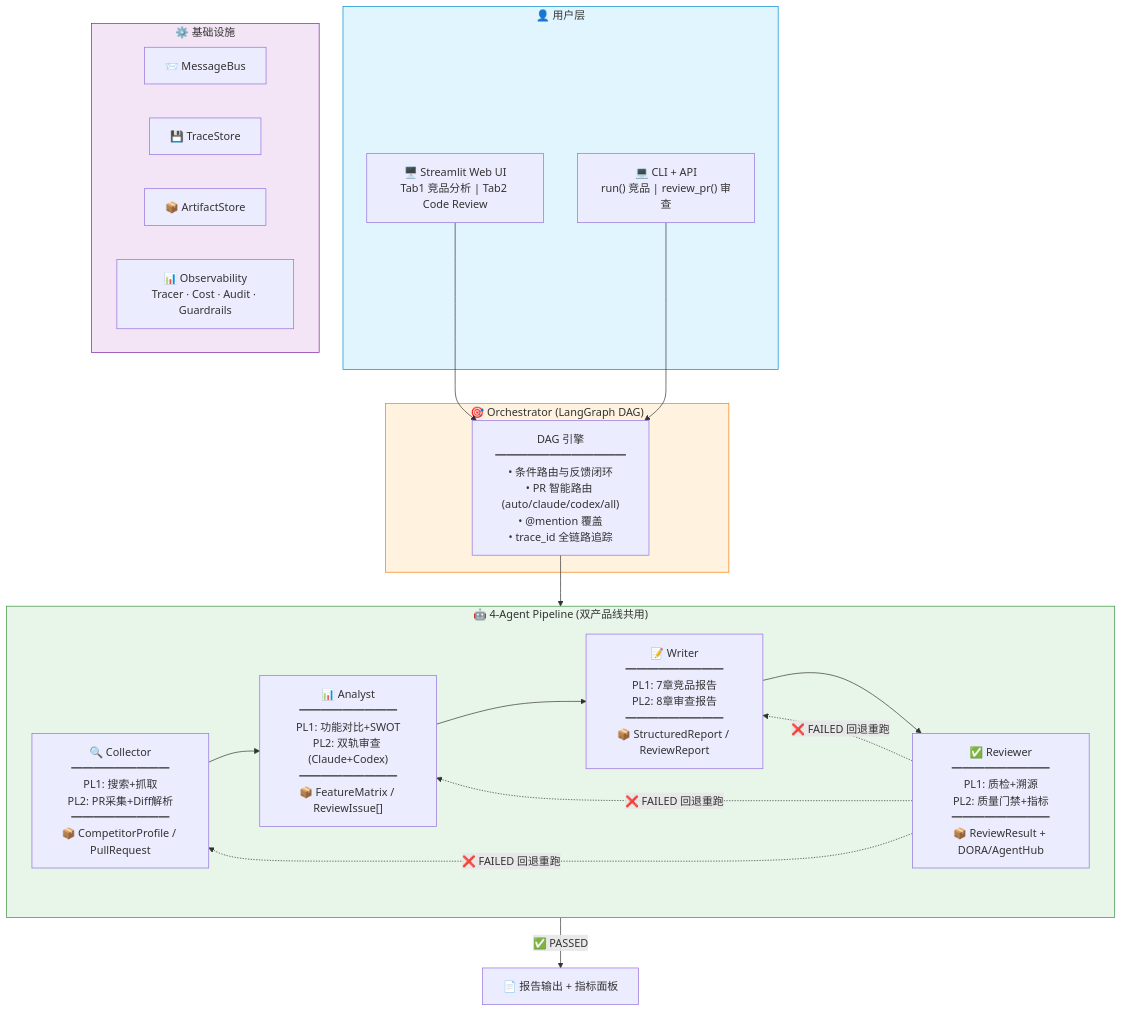
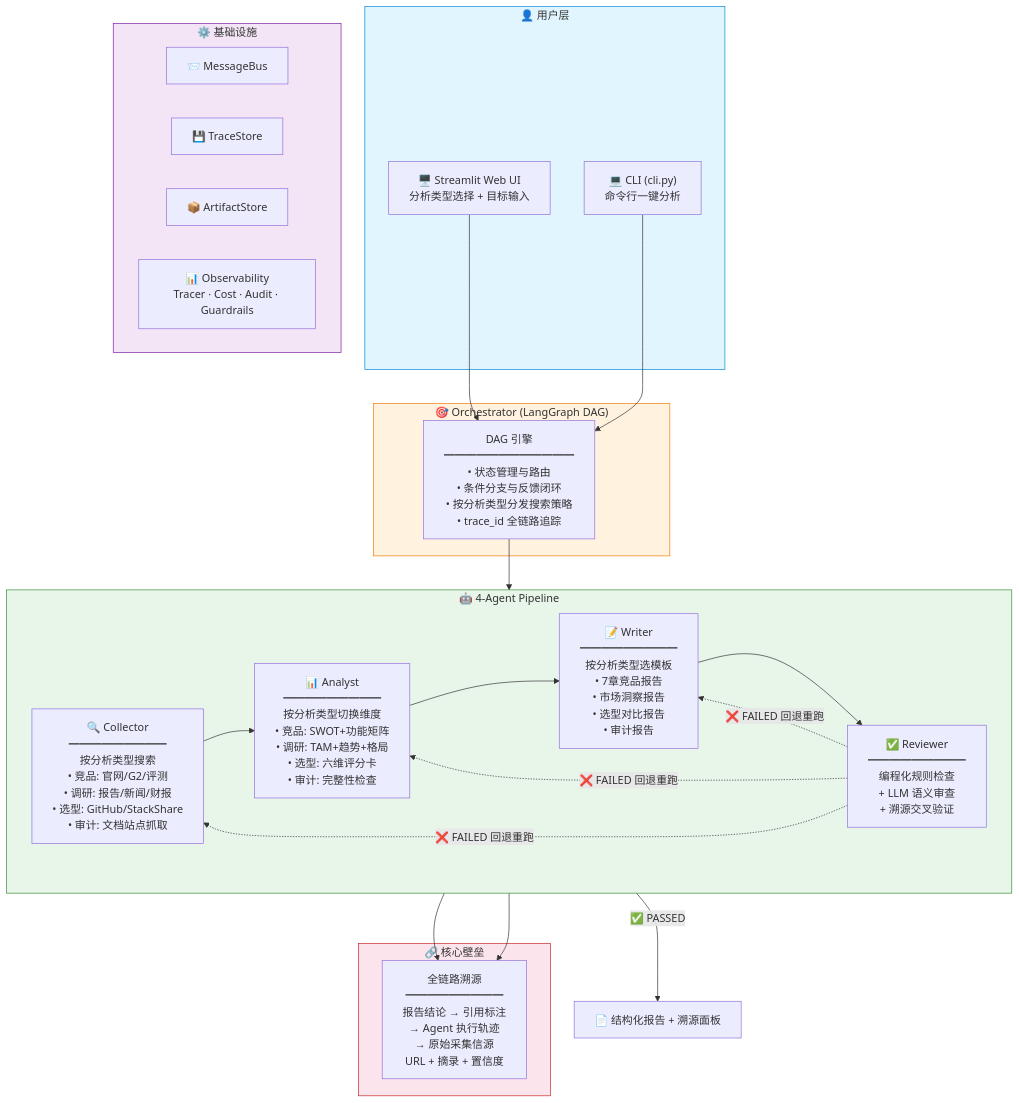
One commit to quannie255-star/comprtitor-agent--system changed the diagram in README.md. Above: the diagram before and after it, drawn with Mermaid. The commit also changed other lines of this file and 1 other file, not shown here.

````diff
--- a/README.md
+++ b/README.md
@@ -20,42 +24,49 @@
 ```mermaid
 graph TB
     subgraph 用户层["👤 用户层"]
-        UI["🖥️ Streamlit Web UI<br/>Tab1 竞品分析 | Tab2 Code Review"]
-        CLI["💻 CLI + API<br/>run() 竞品 | review_pr() 审查"]
+        UI["🖥️ Streamlit Web UI<br/>分析类型选择 + 目标输入"]
+        CLI["💻 CLI (cli.py)<br/>命令行一键分析"]
     end
 
     subgraph 编排层["🎯 Orchestrator (LangGraph DAG)"]
-        ORCH["DAG 引擎<br/>━━━━━━━━━━━━<br/>• 条件路由与反馈闭环<br/>• PR 智能路由 (auto/claude/codex/all)<br/>• @mention 覆盖<br/>• trace_id 全链路追踪"]
+        ORCH["DAG 引擎<br/>━━━━━━━━━━━━<br/>• 状态管理与路由<br/>• 条件分支与反馈闭环<br/>• 按分析类型分发搜索策略<br/>• trace_id 全链路追踪"]
     end
 
-    subgraph Agent层["🤖 4-Agent Pipeline (双产品线共用)"]
+    subgraph Agent层["🤖 4-Agent Pipeline"]
         direction LR
-        C["🔍 Collector<br/>━━━━━━━━━<br/>PL1: 搜索+抓取<br/>PL2: PR采集+Diff解析<br/>━━━━━━━━━<br/>📦 CompetitorProfile / PullRequest"]
-        A["📊 Analyst<br/>━━━━━━━━━<br/>PL1: 功能对比+SWOT<br/>PL2: 双轨审查 (Claude+Codex)<br/>━━━━━━━━━<br/>📦 FeatureMatrix / ReviewIssue[]"]
-        W["📝 Writer<br/>━━━━━━━━━<br/>PL1: 7章竞品报告<br/>PL2: 8章审查报告<br/>━━━━━━━━━<br/>📦 StructuredReport / ReviewReport"]
-        R["✅ Reviewer<br/>━━━━━━━━━<br/>PL1: 质检+溯源<br/>PL2: 质量门禁+指标<br/>━━━━━━━━━<br/>📦 ReviewResult + DORA/AgentHub"]
+        C["🔍 Collector<br/>━━━━━━━━━<br/>按分析类型搜索<br/>• 竞品: 官网/G2/评测<br/>• 调研: 报告/新闻/财报<br/>• 选型: GitHub/StackShare<br/>• 审计: 文档站点抓取"]
+        A["📊 Analyst<br/>━━━━━━━━━<br/>按分析类型切换维度<br/>• 竞品: SWOT+功能矩阵<br/>• 调研: TAM+趋势+格局<br/>• 选型: 六维评分卡<br/>• 审计: 完整性检查"]
+        W["📝 Writer<br/>━━━━━━━━━<br/>按分析类型选模板<br/>• 7章竞品报告<br/>• 市场洞察报告<br/>• 选型对比报告<br/>• 审计报告"]
+        R["✅ Reviewer<br/>━━━━━━━━━<br/>编程化规则检查<br/>+ LLM 语义审查<br/>+ 溯源交叉验证"]
 
         C --> A --> W --> R
     end
 
     subgraph 基础设施["⚙️ 基础设施"]
         direction LR
         MB["📨 MessageBus"]
         TS["💾 TraceStore"]
         AS["📦 ArtifactStore"]
         OBS["📊 Observability<br/>Tracer · Cost · Audit · Guardrails"]
     end
 
+    subgraph 核心壁垒["🔗 核心壁垒"]
+        TRACE["全链路溯源<br/>━━━━━━━━━<br/>报告结论 → 引用标注<br/>→ Agent 执行轨迹<br/>→ 原始采集信源<br/>URL + 摘录 + 置信度"]
+    end
+
     UI --> ORCH
     CLI --> ORCH
     ORCH --> C
-    R -->|"✅ PASSED"| OUT["📄 报告输出 + 指标面板"]
+    R -->|"✅ PASSED"| OUT["📄 结构化报告 + 溯源面板"]
     R -.->|"❌ FAILED 回退重跑"| C
     R -.->|"❌ FAILED 回退重跑"| A
     R -.->|"❌ FAILED 回退重跑"| W
+    C --> TRACE
+    A --> TRACE
 
     style 用户层 fill:#e1f5fe,stroke:#0288d1
     style 编排层 fill:#fff3e0,stroke:#f57c00
     style Agent层 fill:#e8f5e9,stroke:#388e3c
     style 基础设施 fill:#f3e5f5,stroke:#7b1fa2
+    style 核心壁垒 fill:#fce4ec,stroke:#c62828
 ```
````
